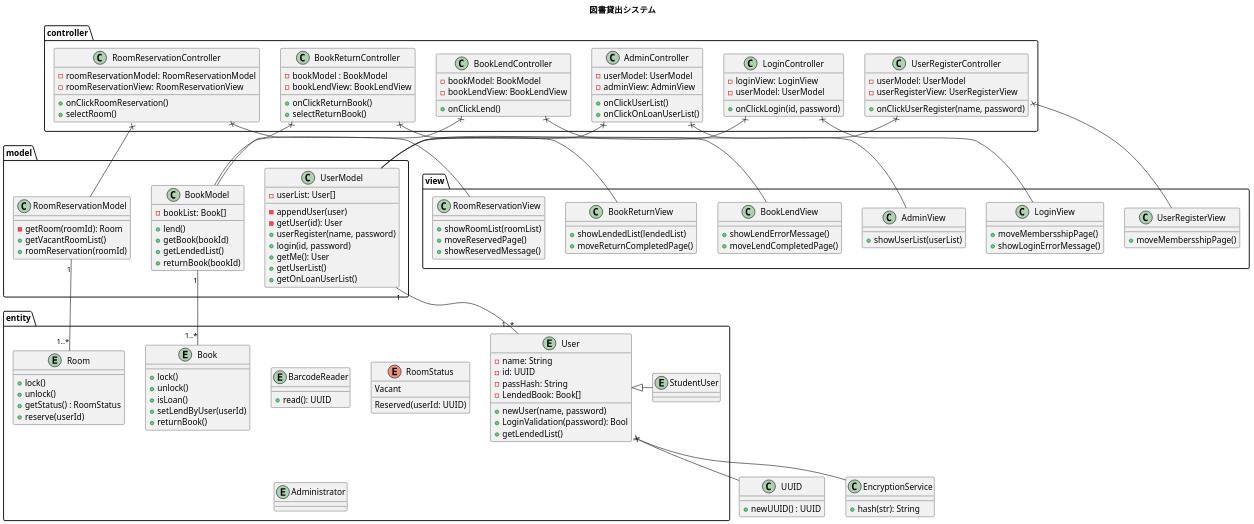
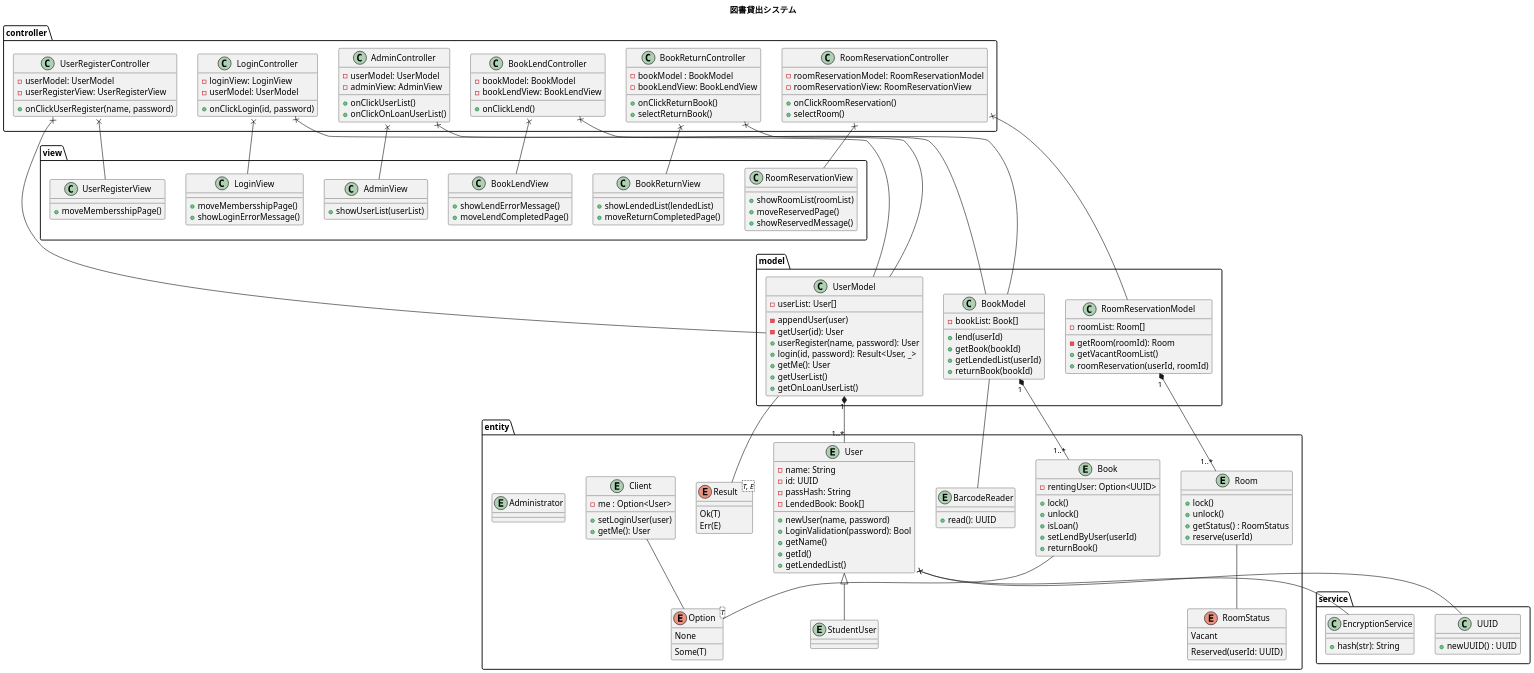
Before and after one commit to Romira915/AdvancedSoftwareEngineering3-Task: the diagram in class.pu, drawn with PlantUML. The commit also changed 1 other file, not shown here.

```diff
--- a/class.pu
+++ b/class.pu
@@ -2,22 +2,6 @@
 
 title 図書貸出システム
 skinparam dpi 150
-
-
-
-class EncryptionService {
-    +hash(str): String
-}
-
-class UUID {
-    +newUUID() : UUID
-}
-
-
-
-
-
-
 
 
 
@@ -67,8 +51,8 @@
         -userList: User[]
         -appendUser(user)
         -getUser(id): User
-        +userRegister(name, password)
-        +login(id, password)
+        +userRegister(name, password): User
+        +login(id, password): Result<User, _>
         +getMe(): User
         +getUserList()
         +getOnLoanUserList()
@@ -76,16 +60,17 @@
 
     class BookModel {
         -bookList: Book[]
-        +lend()
+        +lend(userId)
         +getBook(bookId)
-        +getLendedList()
+        +getLendedList(userId)
         +returnBook(bookId)
     }
 
     class RoomReservationModel {
+        -roomList: Room[]
         -getRoom(roomId): Room
         +getVacantRoomList()
-        +roomReservation(roomId)
+        +roomReservation(userId, roomId)
     }
 }
 
@@ -126,6 +111,7 @@
     }
 
     entity Book {
+        -rentingUser: Option<UUID>
         +lock()
         +unlock()
         +isLoan()
@@ -152,33 +138,67 @@
         -LendedBook: Book[]
         +newUser(name, password)
         +LoginValidation(password): Bool
+        +getName()
+        +getId()
         +getLendedList()
     }
 
+    entity Client {
+        -me : Option<User>
+        +setLoginUser(user)
+        +getMe(): User
+    }
+
+    enum Result<T, E> {
+        Ok(T)
+        Err(E)
+    }
+
+    enum Option<T> {
+        None
+        Some(T)
+    }
+
     entity StudentUser
-    User <|- StudentUser
+    User <|-- StudentUser
 
     entity Administrator
 }
 
-UserModel "1" -- "1..*" User
-BookModel "1" -- "1..*" Book
-RoomReservationModel "1" -- "1..*" Room
+package service {
+    class EncryptionService {
+        +hash(str): String
+    }
 
-UserRegisterController x-- UserModel
+    class UUID {
+        +newUUID() : UUID
+    }
+}
+
+UserModel "1" *-- "1..*" User
+BookModel "1" *-- "1..*" Book
+RoomReservationModel "1" *-- "1..*" Room
+
+UserRegisterController x--- UserModel
 UserRegisterController x-- UserRegisterView
-LoginController x-- UserModel
+LoginController x--- UserModel
 LoginController x-- LoginView
-BookLendController x-- BookModel
+BookLendController x--- BookModel
 BookLendController x-- BookLendView
-BookReturnController x-- BookModel
+BookReturnController x--- BookModel
 BookReturnController x-- BookReturnView
 RoomReservationController x-- RoomReservationModel
 RoomReservationController x-- RoomReservationView
-AdminController x-- UserModel
+AdminController x--- UserModel
 AdminController x-- AdminView
 
 User x-- EncryptionService
 User x-- UUID
 
+Room -- RoomStatus
+UserModel -- Result
+Client -- Option
+Book -- Option
+BookModel -- BarcodeReader
+
 @enduml
```
